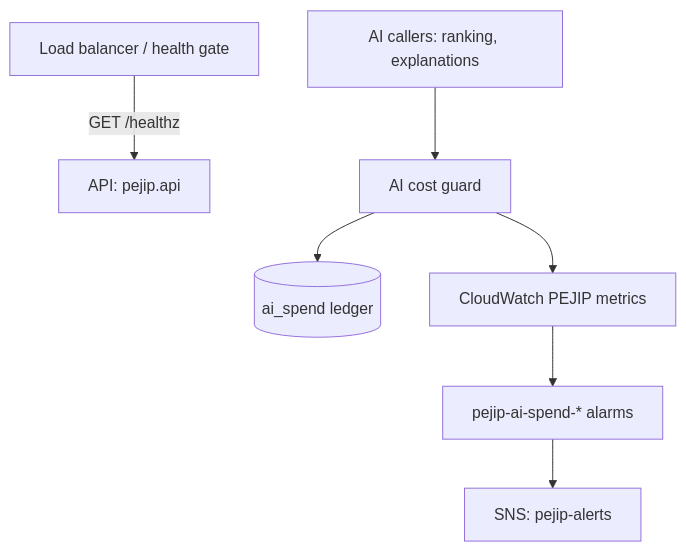
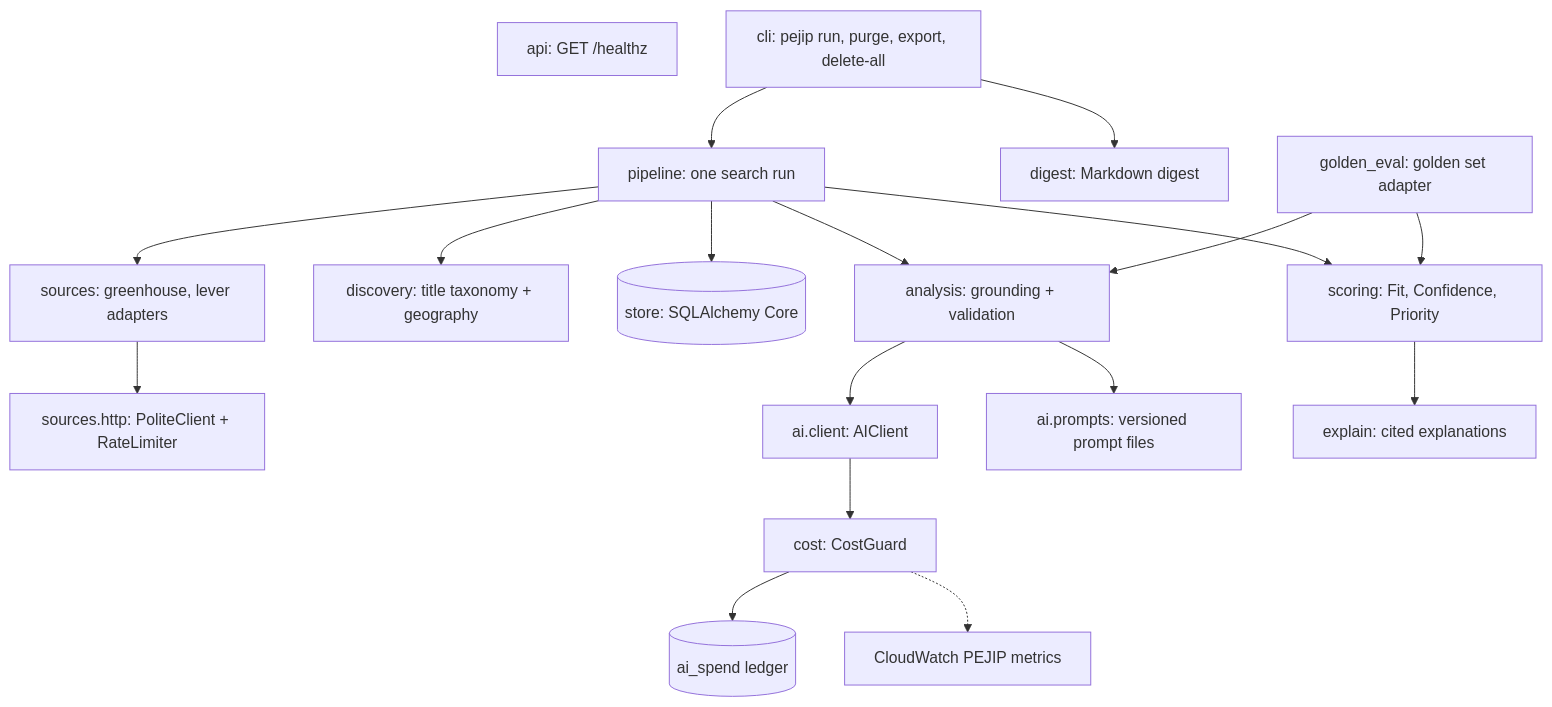
One commit to madduri-ops/PEJIP changed the diagram in docs/architecture/components.md. Above: the diagram before and after it, drawn with Mermaid. The commit also changed other lines of this file and 90 other files, not shown here.

````diff
--- a/docs/architecture/components.md
+++ b/docs/architecture/components.md
@@ -12,8 +7,32 @@
 ```mermaid
 flowchart TB
-    alb[Load balancer / health gate] -- GET /healthz --> api[API: pejip.api]
-    caller[AI callers: ranking, explanations] --> guard[AI cost guard]
-    guard --> ledger[(ai_spend ledger)]
-    guard --> cw[CloudWatch PEJIP metrics]
-    cw --> alarms[pejip-ai-spend-* alarms] --> sns[SNS: pejip-alerts]
+    api[api: GET /healthz]
+    cli[cli: pejip run, purge, export, delete-all]
+    pipe[pipeline: one search run]
+    src[sources: greenhouse, lever adapters]
+    http[sources.http: PoliteClient + RateLimiter]
+    disc[discovery: title taxonomy + geography]
+    store[(store: SQLAlchemy Core)]
+    ana[analysis: grounding + validation]
+    ai[ai.client: AIClient]
+    guard[cost: CostGuard]
+    ledger[(ai_spend ledger)]
+    cw[CloudWatch PEJIP metrics]
+    prompts[ai.prompts: versioned prompt files]
+    score[scoring: Fit, Confidence, Priority]
+    explain[explain: cited explanations]
+    digest[digest: Markdown digest]
+    evals[golden_eval: golden set adapter]
+    cli --> pipe
+    pipe --> src --> http
+    pipe --> disc
+    pipe --> store
+    pipe --> ana --> ai
+    ana --> prompts
+    ai --> guard --> ledger
+    guard -.-> cw
+    pipe --> score --> explain
+    cli --> digest
+    evals --> ana
+    evals --> score
 ```
````
